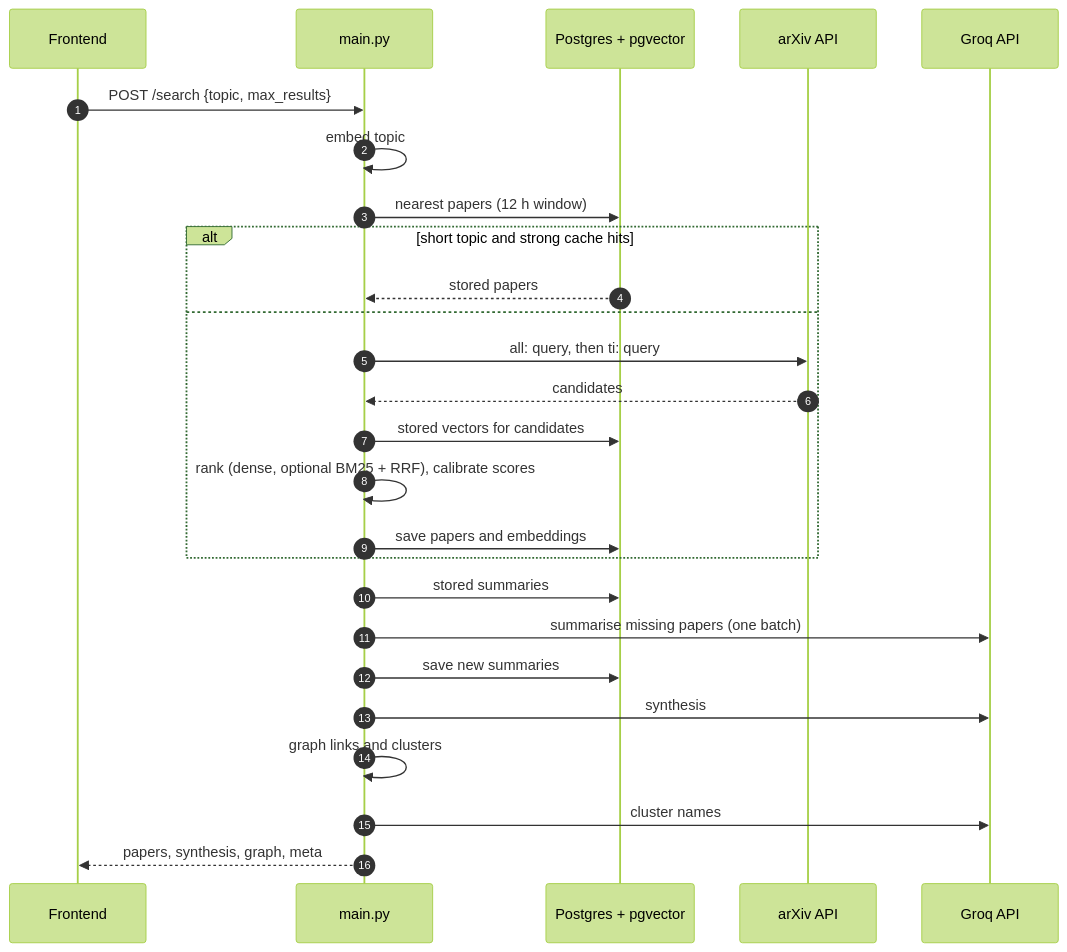
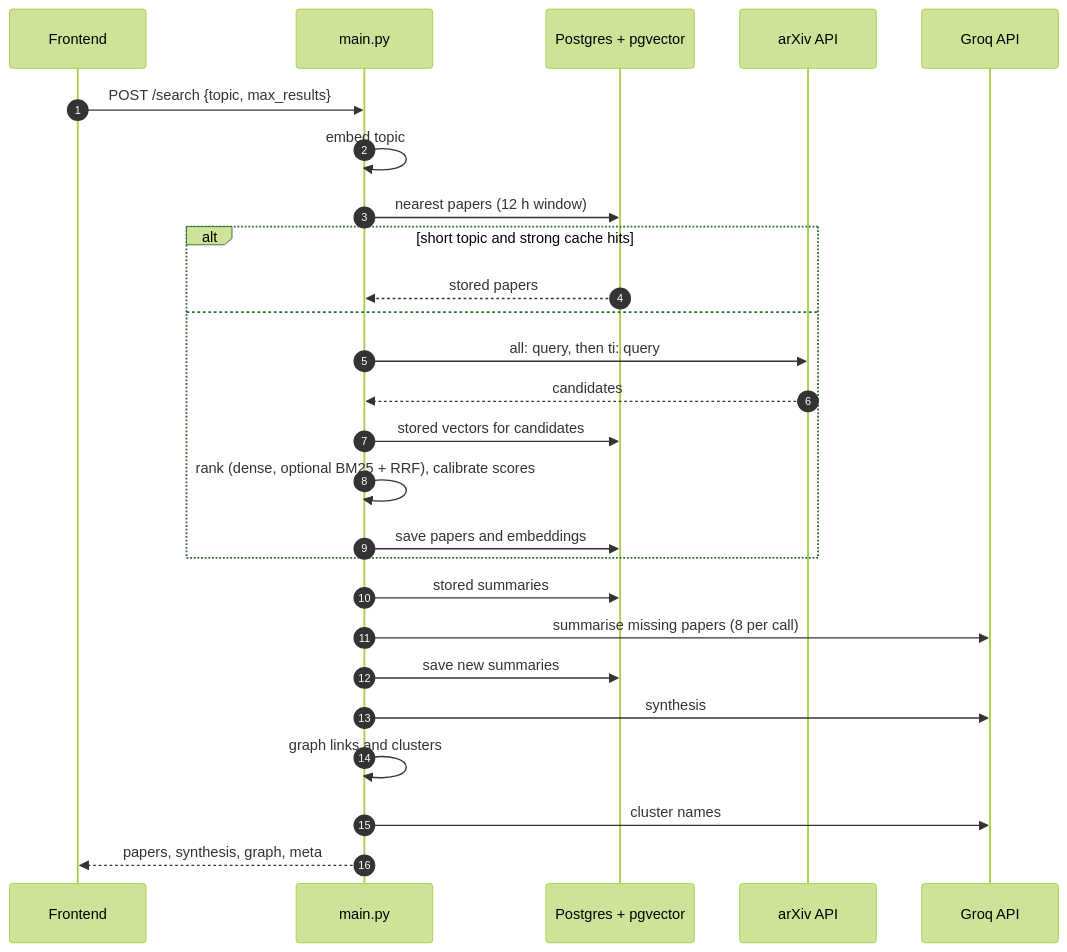
Before and after one commit to SKARAlpha0407/BTP_SEM_07: the second of 3 diagrams in REPORT.md, drawn with Mermaid (forest theme). The commit also changed other lines of this file and 3 other files, not shown here.

````diff
--- a/REPORT.md
+++ b/REPORT.md
@@ -108,29 +118,29 @@
 ```mermaid
 sequenceDiagram
     autonumber
     participant C as Frontend
     participant M as main.py
     participant DB as Postgres + pgvector
     participant A as arXiv API
     participant G as Groq API
 
     C->>M: POST /search {topic, max_results}
     M->>M: embed topic
     M->>DB: nearest papers (12 h window)
     alt short topic and strong cache hits
         DB-->>M: stored papers
     else
         M->>A: all: query, then ti: query
         A-->>M: candidates
         M->>DB: stored vectors for candidates
         M->>M: rank (dense, optional BM25 + RRF), calibrate scores
         M->>DB: save papers and embeddings
     end
     M->>DB: stored summaries
-    M->>G: summarise missing papers (one batch)
+    M->>G: summarise missing papers (8 per call)
     M->>DB: save new summaries
     M->>G: synthesis
     M->>M: graph links and clusters
     M->>G: cluster names
     M-->>C: papers, synthesis, graph, meta
 ```
````
